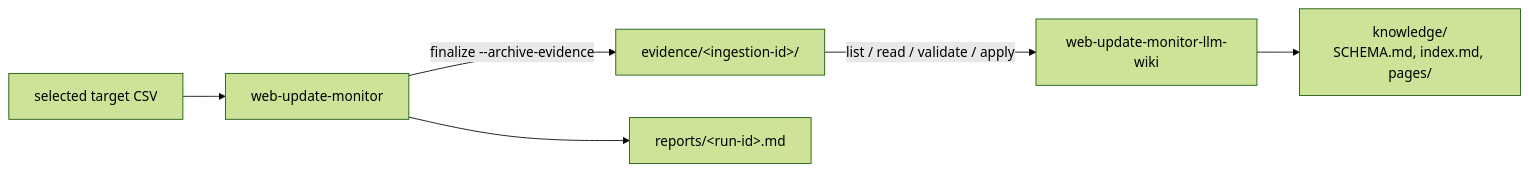
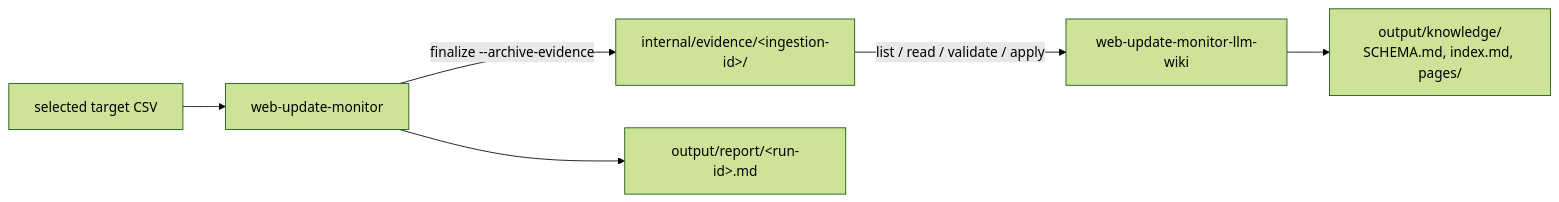
The second of 2 diagrams in README.md (dceoy/wsum), drawn with Mermaid (forest theme) before and after one commit. The commit also changed other lines of this file and 9 other files, not shown here.

First line of the commit message:
Separate user-facing output from internal workspace data (#57)

````diff
--- a/README.md
+++ b/README.md
@@ -51,8 +51,8 @@
 ```mermaid
 flowchart LR
     CSV["selected target CSV"] --> CORE["web-update-monitor"]
-    CORE -->|"finalize --archive-evidence"| EV["evidence/&lt;ingestion-id&gt;/"]
-    CORE --> REPORT["reports/&lt;run-id&gt;.md"]
+    CORE -->|"finalize --archive-evidence"| EV["internal/evidence/&lt;ingestion-id&gt;/"]
+    CORE --> REPORT["output/report/&lt;run-id&gt;.md"]
     EV -->|"list / read / validate / apply"| WIKI["web-update-monitor-llm-wiki"]
-    WIKI --> KB["knowledge/<br/>SCHEMA.md, index.md, pages/"]
+    WIKI --> KB["output/knowledge/<br/>SCHEMA.md, index.md, pages/"]
 ```
````
